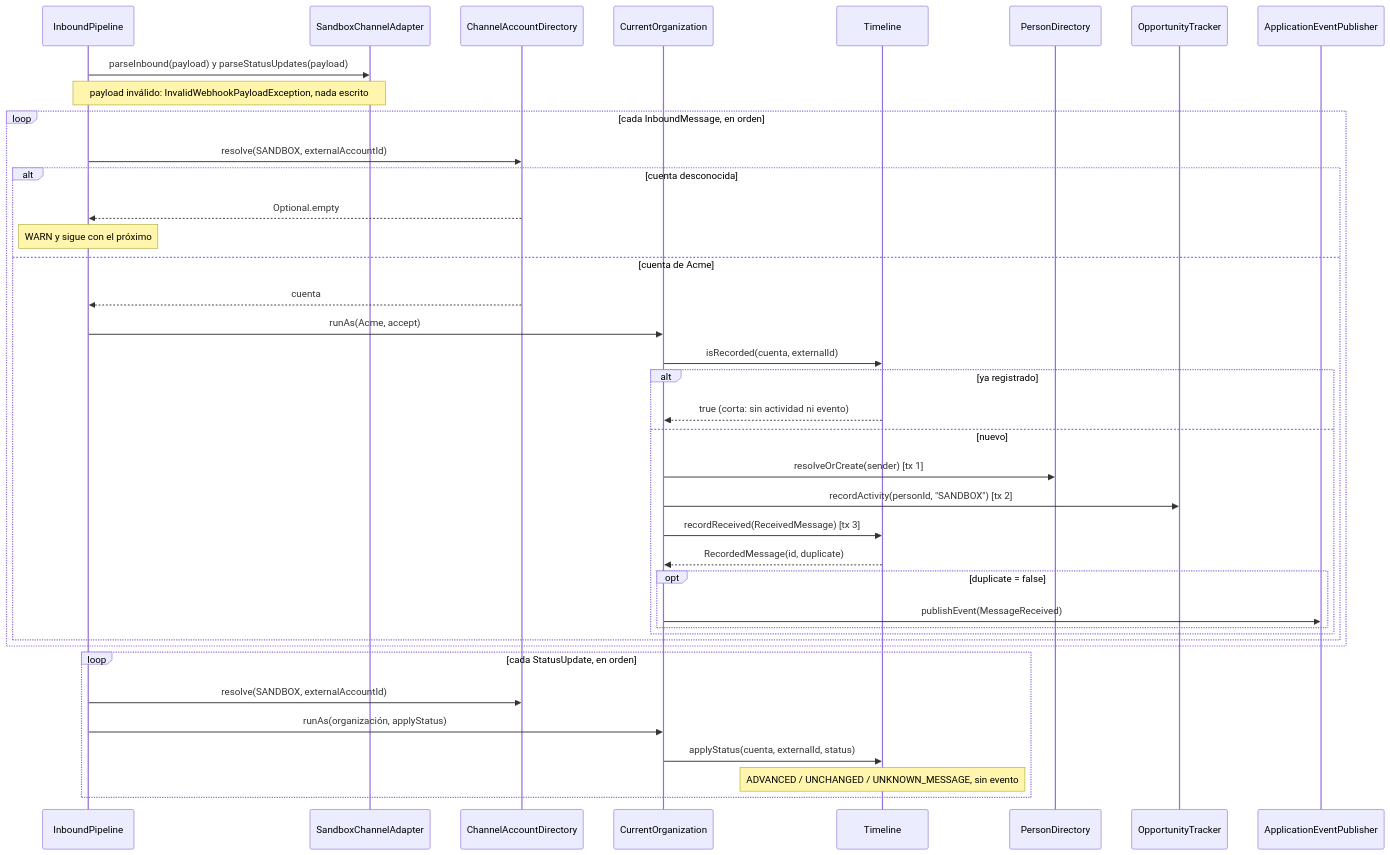
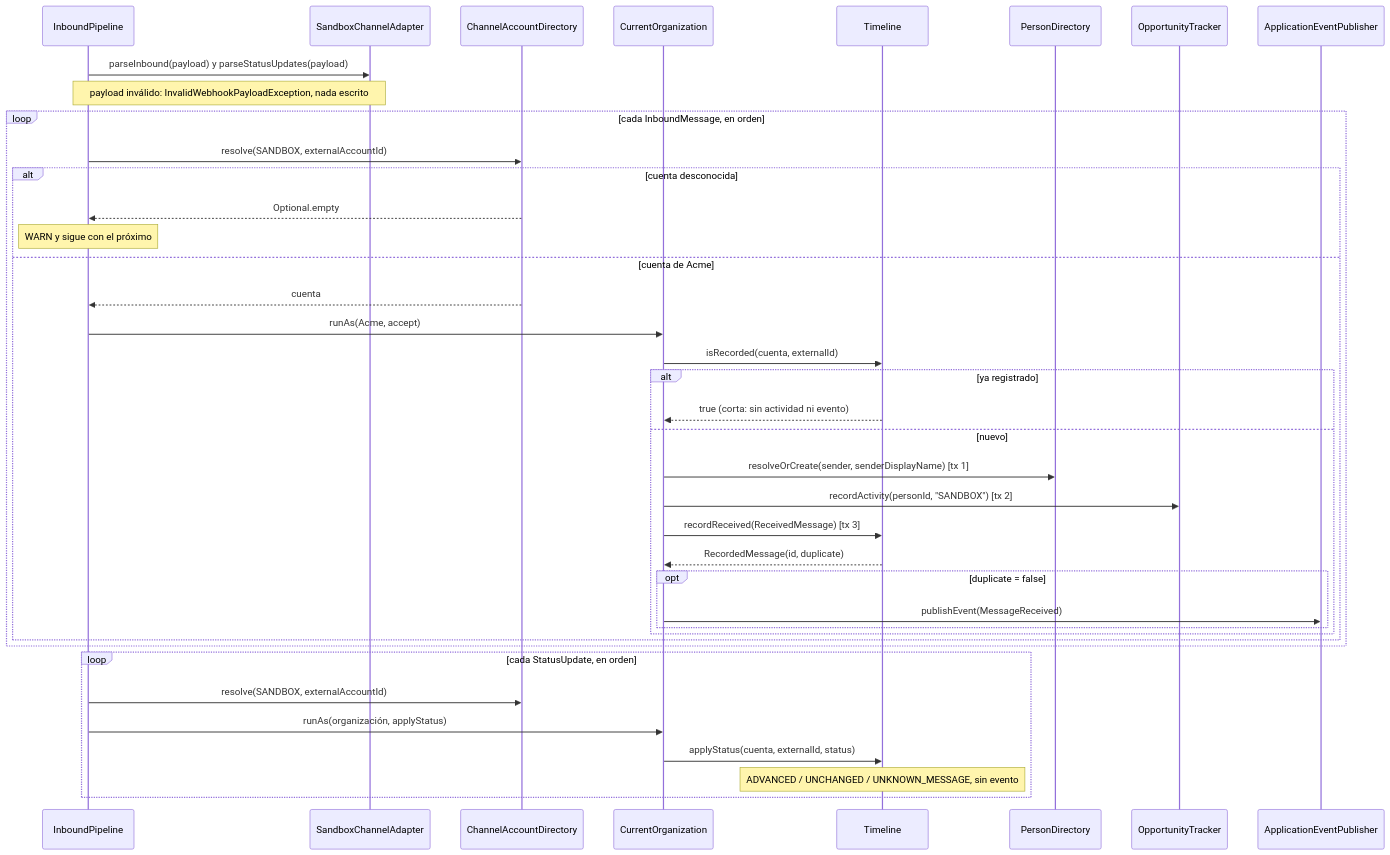
The seventh of 7 diagrams in docs/canales.md (zapmaxvevo/communicator-one), drawn with Mermaid before and after one commit. The commit also changed other lines of this file and 19 other files, not shown here.

````diff
--- a/docs/canales.md
+++ b/docs/canales.md
@@ -868,41 +931,41 @@
 ```mermaid
 sequenceDiagram
     participant P as InboundPipeline
     participant A as SandboxChannelAdapter
     participant D as ChannelAccountDirectory
     participant CO as CurrentOrganization
     participant T as Timeline
     participant PD as PersonDirectory
     participant OT as OpportunityTracker
     participant E as ApplicationEventPublisher
     P->>A: parseInbound(payload) y parseStatusUpdates(payload)
     Note over P,A: payload inválido: InvalidWebhookPayloadException, nada escrito
     loop cada InboundMessage, en orden
         P->>D: resolve(SANDBOX, externalAccountId)
         alt cuenta desconocida
             D-->>P: Optional.empty
             Note over P: WARN y sigue con el próximo
         else cuenta de Acme
             D-->>P: cuenta
             P->>CO: runAs(Acme, accept)
             CO->>T: isRecorded(cuenta, externalId)
             alt ya registrado
                 T-->>CO: true (corta: sin actividad ni evento)
             else nuevo
-                CO->>PD: resolveOrCreate(sender) [tx 1]
+                CO->>PD: resolveOrCreate(sender, senderDisplayName) [tx 1]
                 CO->>OT: recordActivity(personId, "SANDBOX") [tx 2]
                 CO->>T: recordReceived(ReceivedMessage) [tx 3]
                 T-->>CO: RecordedMessage(id, duplicate)
                 opt duplicate = false
                     CO->>E: publishEvent(MessageReceived)
                 end
             end
         end
     end
     loop cada StatusUpdate, en orden
         P->>D: resolve(SANDBOX, externalAccountId)
         P->>CO: runAs(organización, applyStatus)
         CO->>T: applyStatus(cuenta, externalId, status)
         Note over T: ADVANCED / UNCHANGED / UNKNOWN_MESSAGE, sin evento
     end
 ```
````
